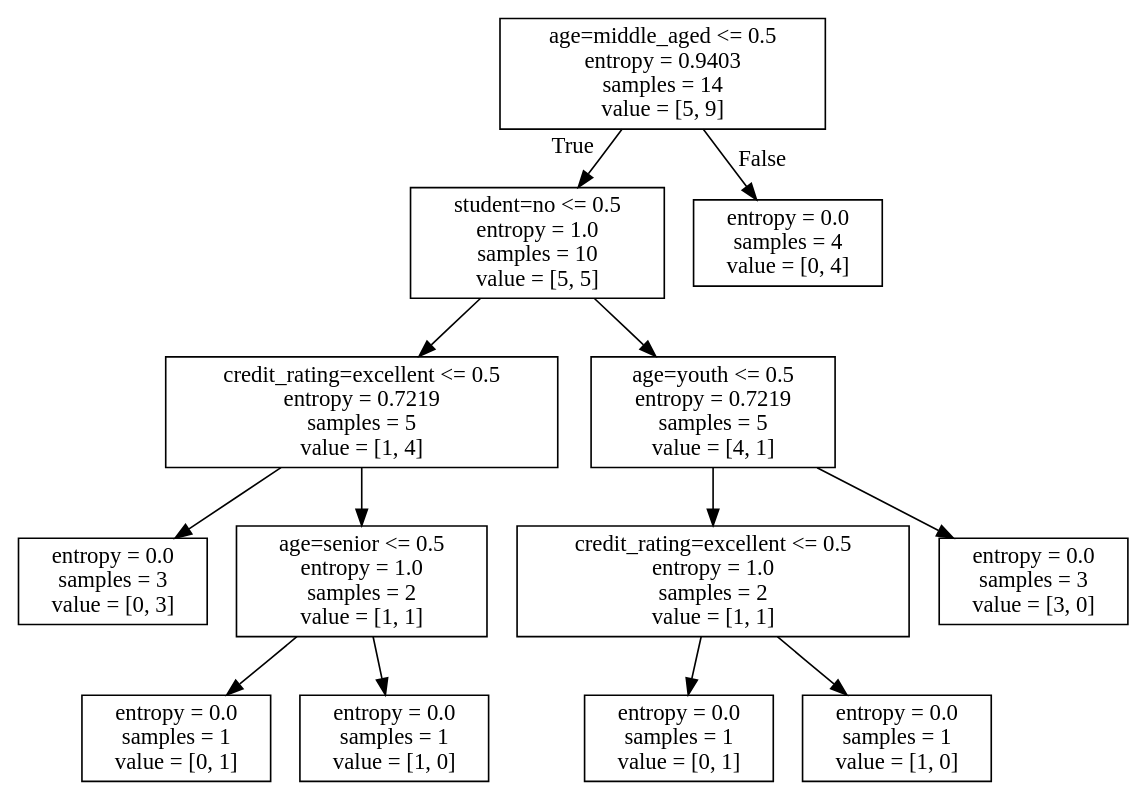
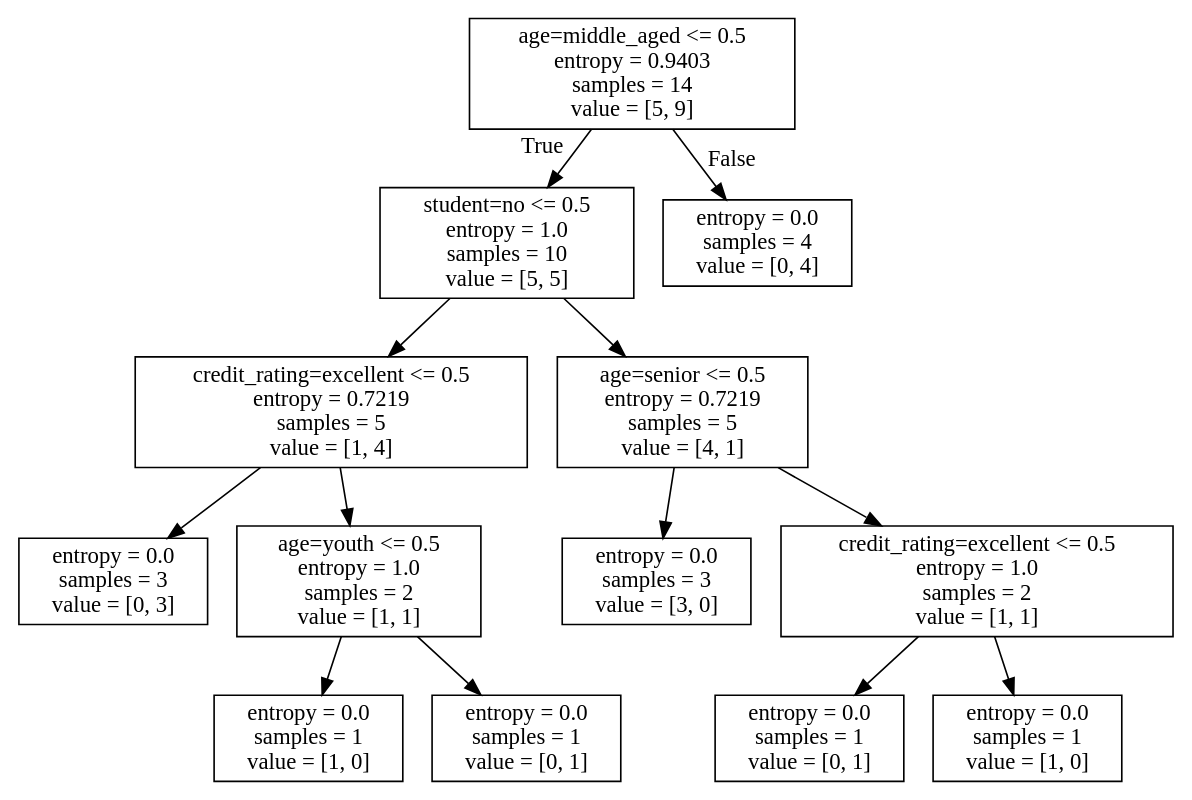
One commit to dingzhiyi/ML changed the diagram in DecisionTree/allElectronicInformationGainOri.dot. Above: the diagram before and after it, drawn with Graphviz. The commit also changed 3 other files, not shown here.

```diff
--- a/DecisionTree/allElectronicInformationGainOri.dot
+++ b/DecisionTree/allElectronicInformationGainOri.dot
@@ -1,28 +1,28 @@
 digraph Tree {
 node [shape=box] ;
 0 [label="age=middle_aged <= 0.5\nentropy = 0.9403\nsamples = 14\nvalue = [5, 9]"] ;
 1 [label="student=no <= 0.5\nentropy = 1.0\nsamples = 10\nvalue = [5, 5]"] ;
 0 -> 1 [labeldistance=2.5, labelangle=45, headlabel="True"] ;
 2 [label="credit_rating=excellent <= 0.5\nentropy = 0.7219\nsamples = 5\nvalue = [1, 4]"] ;
 1 -> 2 ;
 3 [label="entropy = 0.0\nsamples = 3\nvalue = [0, 3]"] ;
 2 -> 3 ;
-4 [label="age=senior <= 0.5\nentropy = 1.0\nsamples = 2\nvalue = [1, 1]"] ;
+4 [label="age=youth <= 0.5\nentropy = 1.0\nsamples = 2\nvalue = [1, 1]"] ;
 2 -> 4 ;
-5 [label="entropy = 0.0\nsamples = 1\nvalue = [0, 1]"] ;
+5 [label="entropy = 0.0\nsamples = 1\nvalue = [1, 0]"] ;
 4 -> 5 ;
-6 [label="entropy = 0.0\nsamples = 1\nvalue = [1, 0]"] ;
+6 [label="entropy = 0.0\nsamples = 1\nvalue = [0, 1]"] ;
 4 -> 6 ;
-7 [label="age=youth <= 0.5\nentropy = 0.7219\nsamples = 5\nvalue = [4, 1]"] ;
+7 [label="age=senior <= 0.5\nentropy = 0.7219\nsamples = 5\nvalue = [4, 1]"] ;
 1 -> 7 ;
-8 [label="credit_rating=excellent <= 0.5\nentropy = 1.0\nsamples = 2\nvalue = [1, 1]"] ;
+8 [label="entropy = 0.0\nsamples = 3\nvalue = [3, 0]"] ;
 7 -> 8 ;
-9 [label="entropy = 0.0\nsamples = 1\nvalue = [0, 1]"] ;
-8 -> 9 ;
-10 [label="entropy = 0.0\nsamples = 1\nvalue = [1, 0]"] ;
-8 -> 10 ;
-11 [label="entropy = 0.0\nsamples = 3\nvalue = [3, 0]"] ;
-7 -> 11 ;
+9 [label="credit_rating=excellent <= 0.5\nentropy = 1.0\nsamples = 2\nvalue = [1, 1]"] ;
+7 -> 9 ;
+10 [label="entropy = 0.0\nsamples = 1\nvalue = [0, 1]"] ;
+9 -> 10 ;
+11 [label="entropy = 0.0\nsamples = 1\nvalue = [1, 0]"] ;
+9 -> 11 ;
 12 [label="entropy = 0.0\nsamples = 4\nvalue = [0, 4]"] ;
 0 -> 12 [labeldistance=2.5, labelangle=-45, headlabel="False"] ;
 }
```
